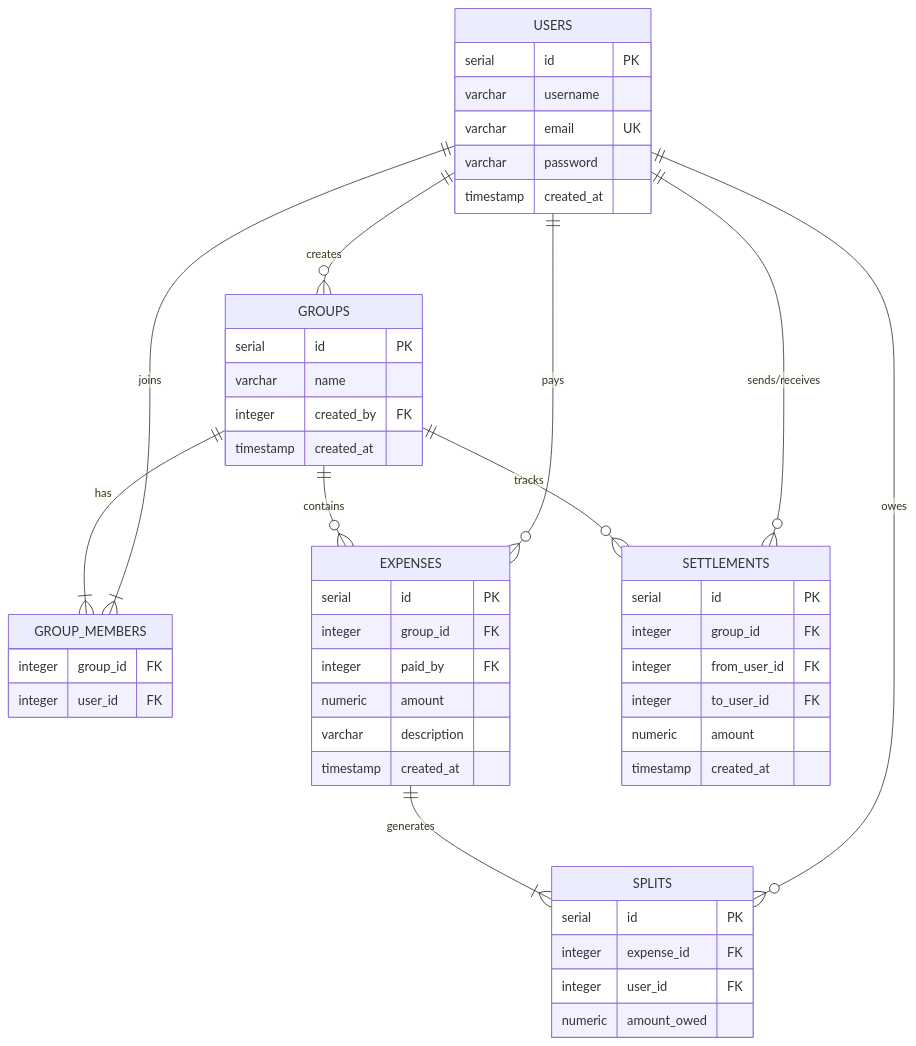
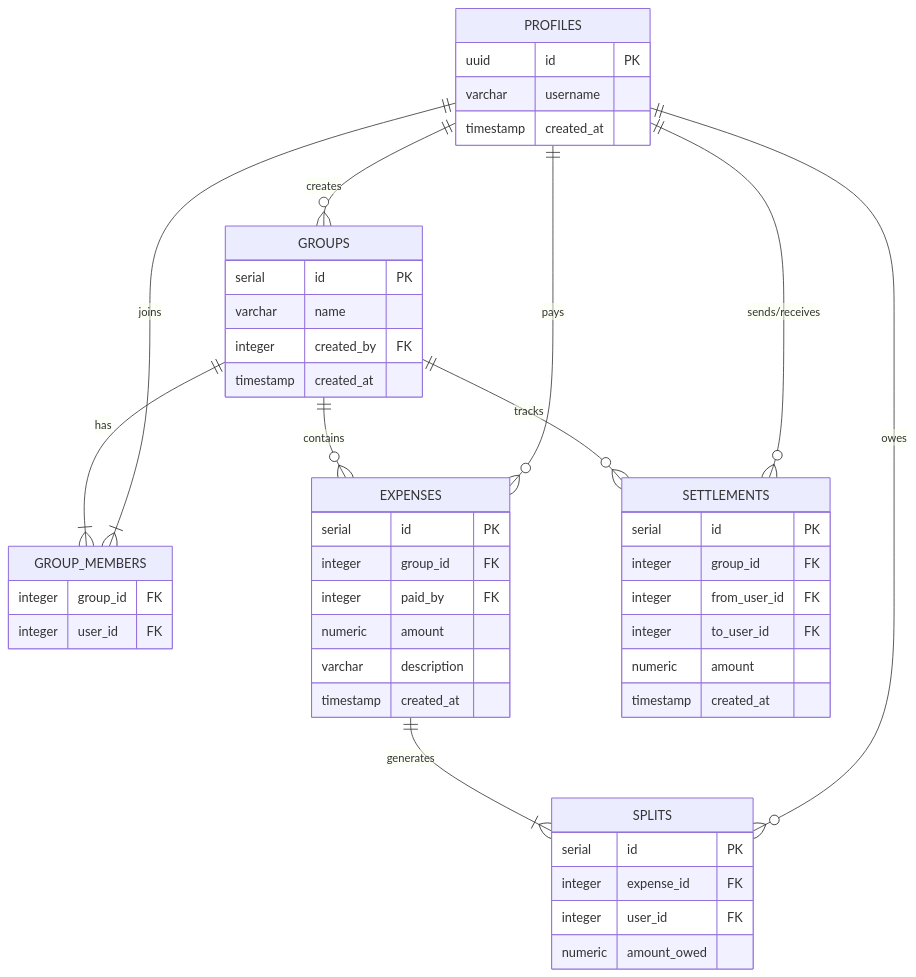
The diagram in README.md (dharsanr27/expense_splitter), drawn with Mermaid before and after one commit.

````diff
--- a/README.md
+++ b/README.md
@@ -36,52 +36,50 @@
 ```mermaid
 erDiagram
-    USERS {
-        serial id PK
+    PROFILES {
+        uuid id PK
         varchar username
-        varchar email UK
-        varchar password
         timestamp created_at
     }
     GROUPS {
         serial id PK
         varchar name
         integer created_by FK
         timestamp created_at
     }
     GROUP_MEMBERS {
         integer group_id FK
         integer user_id FK
     }
     EXPENSES {
         serial id PK
         integer group_id FK
         integer paid_by FK
         numeric amount
         varchar description
         timestamp created_at
     }
     SPLITS {
         serial id PK
         integer expense_id FK
         integer user_id FK
         numeric amount_owed
     }
     SETTLEMENTS {
         serial id PK
         integer group_id FK
         integer from_user_id FK
         integer to_user_id FK
         numeric amount
         timestamp created_at
     }
 
-    USERS ||--o{ GROUPS : "creates"
+    PROFILES ||--o{ GROUPS : "creates"
     GROUPS ||--|{ GROUP_MEMBERS : "has"
-    USERS ||--|{ GROUP_MEMBERS : "joins"
+    PROFILES ||--|{ GROUP_MEMBERS : "joins"
     GROUPS ||--o{ EXPENSES : "contains"
-    USERS ||--o{ EXPENSES : "pays"
+    PROFILES ||--o{ EXPENSES : "pays"
     EXPENSES ||--|{ SPLITS : "generates"
-    USERS ||--o{ SPLITS : "owes"
+    PROFILES ||--o{ SPLITS : "owes"
     GROUPS ||--o{ SETTLEMENTS : "tracks"
-    USERS ||--o{ SETTLEMENTS : "sends/receives"
+    PROFILES ||--o{ SETTLEMENTS : "sends/receives"
 ```
````
